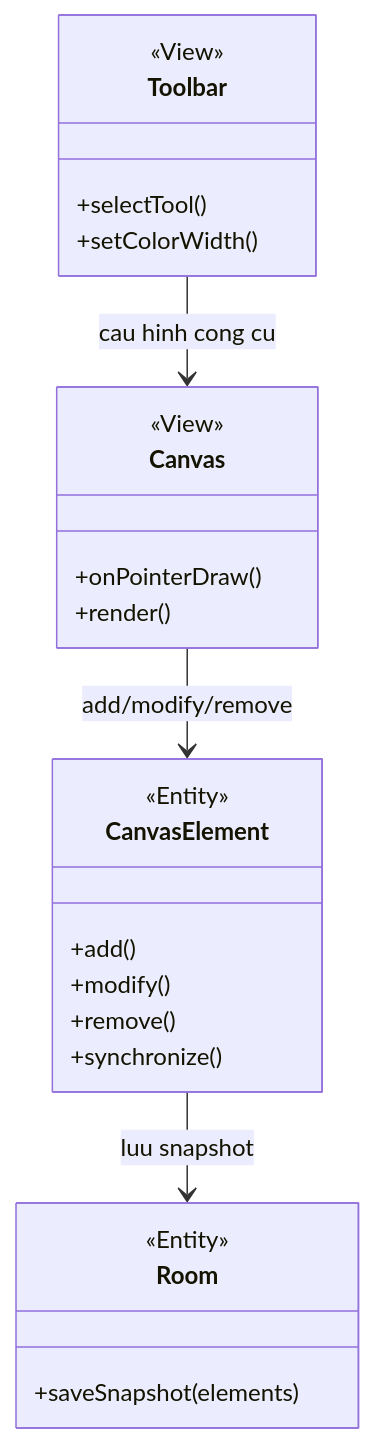
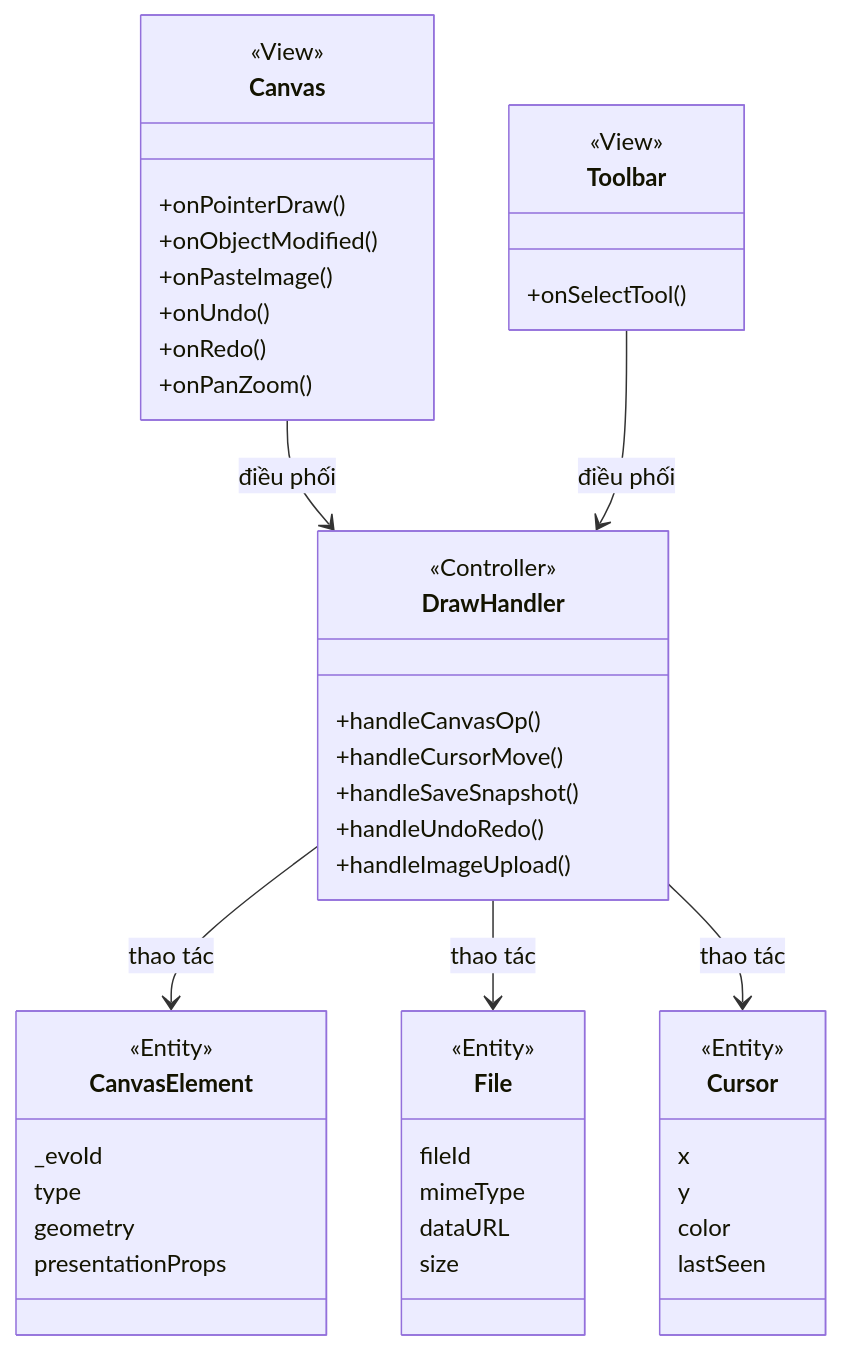
The eighth of 60 diagrams in docs/Báo cáo Evodraw_v2.md (KhangDaoz/evodraw), drawn with Mermaid before and after one commit. The commit also changed other lines of this file and 12 other files, not shown here.

````diff
--- a/docs/Báo cáo Evodraw_v2.md
+++ b/docs/Báo cáo Evodraw_v2.md
@@ -751,27 +791,50 @@
 ```mermaid
 classDiagram
-    class Toolbar {
-        <<View>>
-        +selectTool()
-        +setColorWidth()
-    }
     class Canvas {
         <<View>>
         +onPointerDraw()
-        +render()
+        +onObjectModified()
+        +onPasteImage()
+        +onUndo()
+        +onRedo()
+        +onPanZoom()
+    }
+    class Toolbar {
+        <<View>>
+        +onSelectTool()
+    }
+    class DrawHandler {
+        <<Controller>>
+        +handleCanvasOp()
+        +handleCursorMove()
+        +handleSaveSnapshot()
+        +handleUndoRedo()
+        +handleImageUpload()
     }
     class CanvasElement {
         <<Entity>>
-        +add()
-        +modify()
-        +remove()
-        +synchronize()
+        _evoId
+        type
+        geometry
+        presentationProps
     }
-    class Room {
+    class File {
         <<Entity>>
-        +saveSnapshot(elements)
+        fileId
+        mimeType
+        dataURL
+        size
     }
-    Toolbar --> Canvas : cau hinh cong cu
-    Canvas --> CanvasElement : add/modify/remove
-    CanvasElement --> Room : luu snapshot
+    class Cursor {
+        <<Entity>>
+        x
+        y
+        color
+        lastSeen
+    }
+    Canvas --> DrawHandler : điều phối
+    Toolbar --> DrawHandler : điều phối
+    DrawHandler --> CanvasElement : thao tác
+    DrawHandler --> File : thao tác
+    DrawHandler --> Cursor : thao tác
 ```
````
